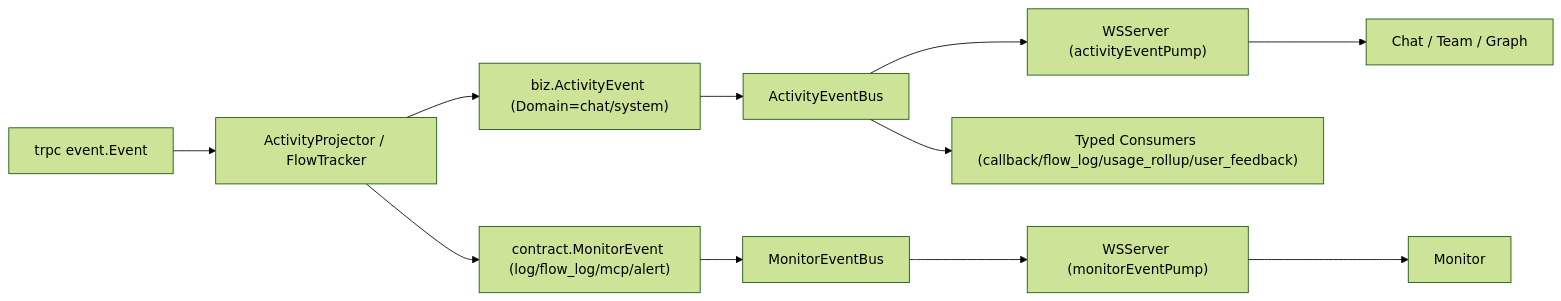
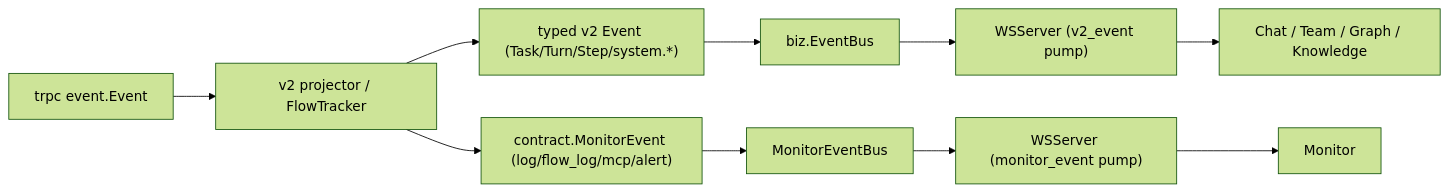
One commit to AmarsDing/aranea-agents changed the eighth of 8 diagrams in docs/development/0-system-diagram.md. Above: the diagram before and after it, drawn with Mermaid (forest theme). The commit also changed other lines of this file and 134 other files, not shown here.

````diff
--- a/docs/development/0-system-diagram.md
+++ b/docs/development/0-system-diagram.md
@@ -272,13 +279,12 @@
 ```mermaid
 flowchart LR
-  TRPC["trpc event.Event"] --> Projector["ActivityProjector / FlowTracker"]
-  Projector --> AE["biz.ActivityEvent (Domain=chat/system)"]
+  TRPC["trpc event.Event"] --> Projector["v2 projector / FlowTracker"]
+  Projector --> V2["typed v2 Event (Task/Turn/Step/system.*)"]
   Projector --> ME["contract.MonitorEvent (log/flow_log/mcp/alert)"]
-  AE --> AEBus["ActivityEventBus"]
+  V2 --> V2Bus["biz.EventBus"]
   ME --> MEBus["MonitorEventBus"]
-  AEBus --> WS["WSServer (activityEventPump)"]
-  MEBus --> WS2["WSServer (monitorEventPump)"]
-  AEBus --> Consumer["Typed Consumers (callback/flow_log/usage_rollup/user_feedback)"]
-  WS --> Client["Chat / Team / Graph"]
+  V2Bus --> WS["WSServer (v2_event pump)"]
+  MEBus --> WS2["WSServer (monitor_event pump)"]
+  WS --> Client["Chat / Team / Graph / Knowledge"]
   WS2 --> Monitor["Monitor"]
 ```
````
